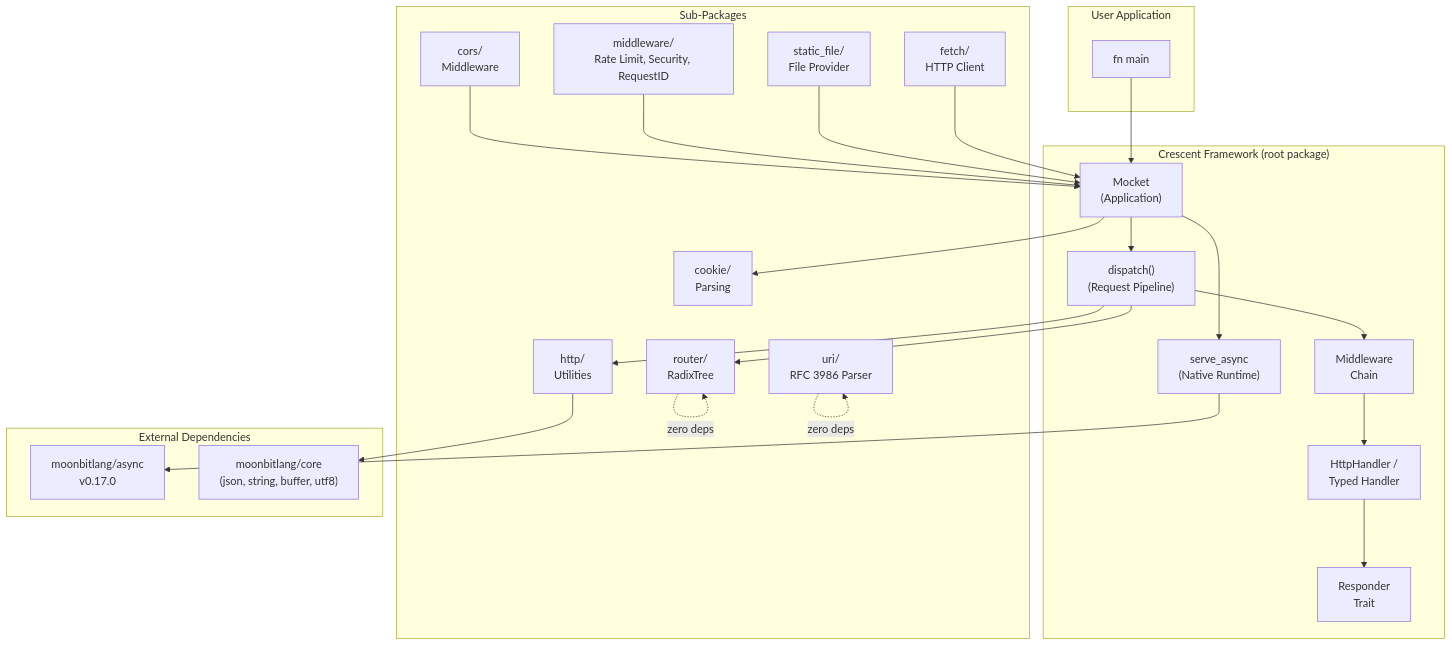
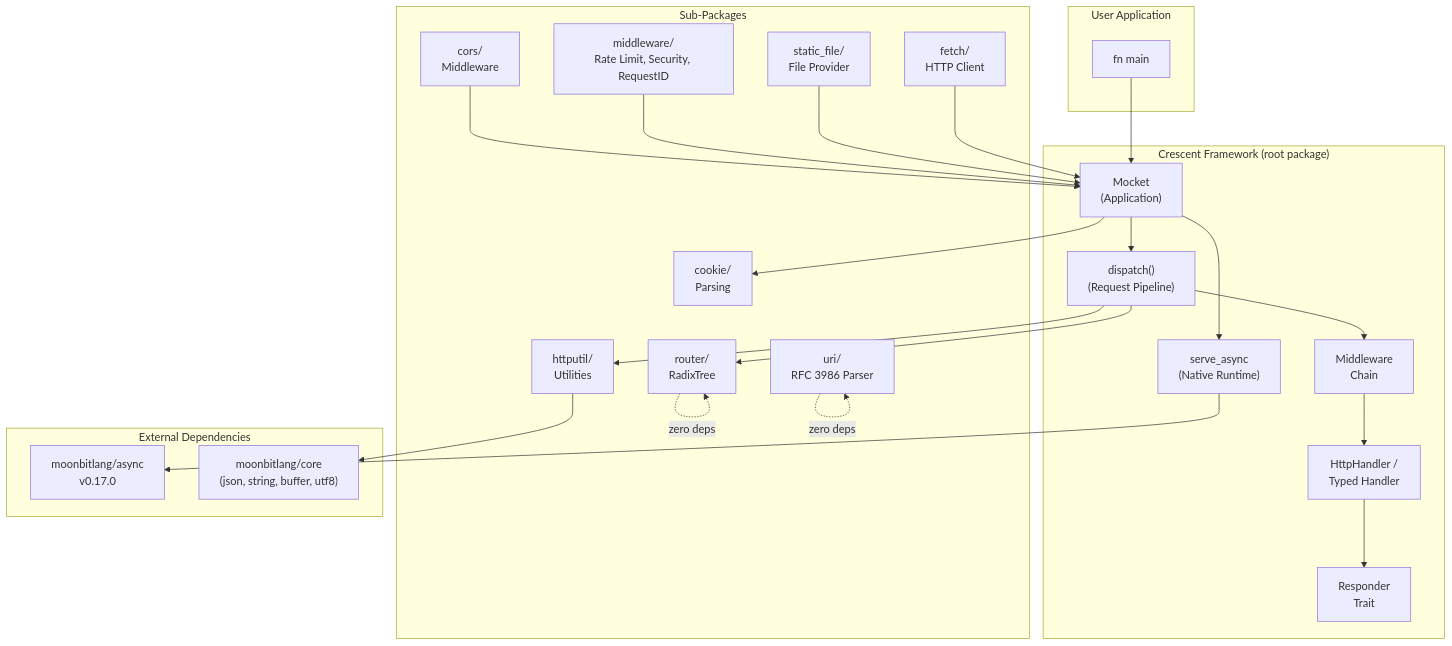
The first of 7 diagrams in ARCHITECTURE.md (bobzhang/mocket), drawn with Mermaid before and after one commit. The commit also changed other lines of this file and 35 other files, not shown here.

First line of the commit message:
Rename http/ sub-package to httputil/ and document open traits

````diff
--- a/ARCHITECTURE.md
+++ b/ARCHITECTURE.md
@@ -207,47 +207,47 @@
 ```mermaid
 graph TB
     subgraph "User Application"
         APP["fn main"]
     end
 
     subgraph "Crescent Framework (root package)"
         MOCKET["Mocket<br/>(Application)"]
         DISPATCH["dispatch()<br/>(Request Pipeline)"]
         MW["Middleware<br/>Chain"]
         HANDLER["HttpHandler /<br/>Typed Handler"]
         RESPONDER["Responder<br/>Trait"]
         SERVE["serve_async<br/>(Native Runtime)"]
     end
 
     subgraph "Sub-Packages"
         ROUTER["router/<br/>RadixTree"]
-        HTTP["http/<br/>Utilities"]
+        HTTP["httputil/<br/>Utilities"]
         COOKIE["cookie/<br/>Parsing"]
         CORS["cors/<br/>Middleware"]
         MIDDLEWARE["middleware/<br/>Rate Limit, Security, RequestID"]
         URI["uri/<br/>RFC 3986 Parser"]
         STATICFILE["static_file/<br/>File Provider"]
         FETCH["fetch/<br/>HTTP Client"]
     end
 
     subgraph "External Dependencies"
         ASYNC["moonbitlang/async<br/>v0.17.0"]
         CORE["moonbitlang/core<br/>(json, string, buffer, utf8)"]
     end
 
     APP --> MOCKET
     MOCKET --> DISPATCH
     DISPATCH --> MW --> HANDLER --> RESPONDER
     MOCKET --> SERVE
     SERVE --> ASYNC
     DISPATCH --> ROUTER
     DISPATCH --> HTTP
     MOCKET --> COOKIE
     CORS --> MOCKET
     MIDDLEWARE --> MOCKET
     STATICFILE --> MOCKET
     FETCH --> MOCKET
     HTTP --> CORE
     ROUTER -.->|zero deps| ROUTER
     URI -.->|zero deps| URI
 ```
````
